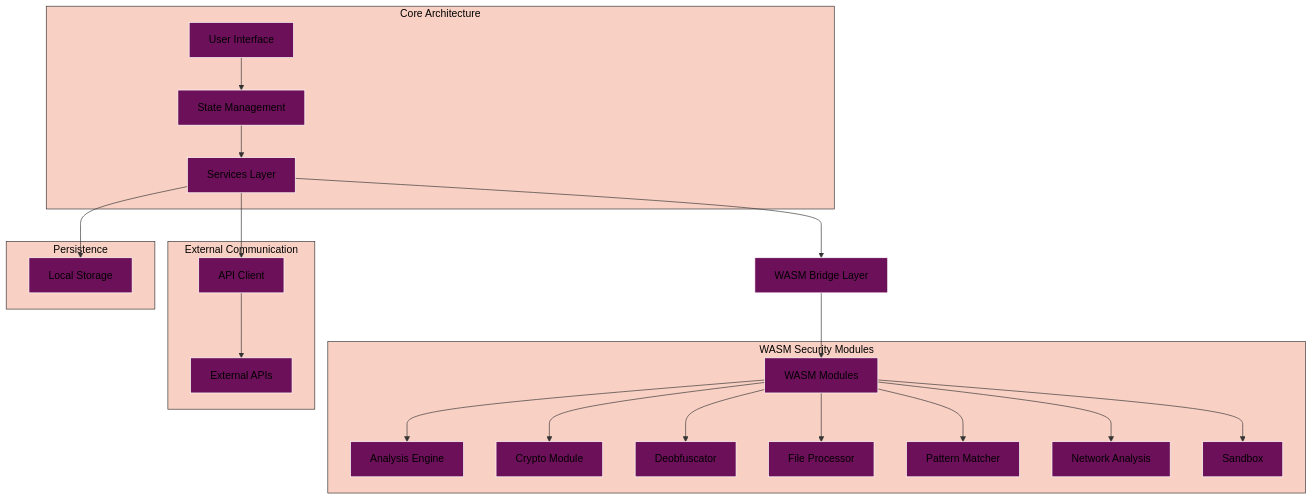
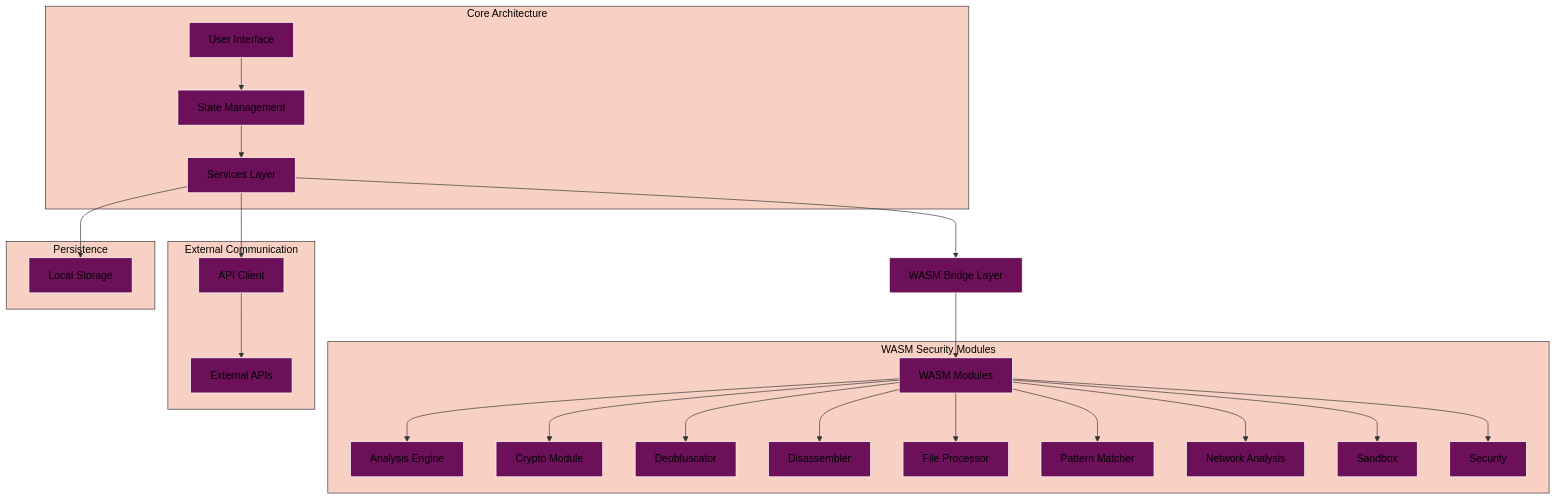
One commit to radicalkjax/Athena changed the diagram in README.md. Above: the diagram before and after it, drawn with Mermaid. The commit also changed other lines of this file and 21 other files, not shown here.

````diff
--- a/README.md
+++ b/README.md
@@ -289,56 +295,58 @@
 ```mermaid
 %%{init: {
   'theme': 'base',
   'themeVariables': {
     'primaryColor': '#6d105a',
     'primaryTextColor': '#000000',
     'primaryBorderColor': '#ffffff',
     'lineColor': '#333333',
     'secondaryColor': '#e8f4d4',
     'secondaryTextColor': '#000000',
     'secondaryBorderColor': '#333333',
     'tertiaryColor': '#f9d0c4',
     'tertiaryTextColor': '#000000',
     'tertiaryBorderColor': '#333333',
     'background': '#ffffff',
     'mainBkg': '#6d105a',
     'secondBkg': '#e8f4d4',
     'tertiaryBkg': '#f9d0c4',
     'textColor': '#000000',
     'fontFamily': 'Arial, sans-serif'
   }
 }}%%
 flowchart TD
     A[User Interface] --> B[State Management]
     B --> C[Services Layer]
     C --> D[API Client]
     C --> E[Local Storage]
     C --> W[WASM Bridge Layer]
     D --> F[External APIs]
     W --> WM[WASM Modules]
     
     subgraph "Core Architecture"
         A
         B
         C
     end
     
     subgraph "WASM Security Modules"
         WM --> WM1[Analysis Engine]
         WM --> WM2[Crypto Module]
         WM --> WM3[Deobfuscator]
-        WM --> WM4[File Processor]
-        WM --> WM5[Pattern Matcher]
-        WM --> WM6[Network Analysis]
-        WM --> WM7[Sandbox]
+        WM --> WM4[Disassembler]
+        WM --> WM5[File Processor]
+        WM --> WM6[Pattern Matcher]
+        WM --> WM7[Network Analysis]
+        WM --> WM8[Sandbox]
+        WM --> WM9[Security]
     end
     
     subgraph "External Communication"
         D
         F
     end
     
     subgraph "Persistence"
         E
     end
 ```
````
